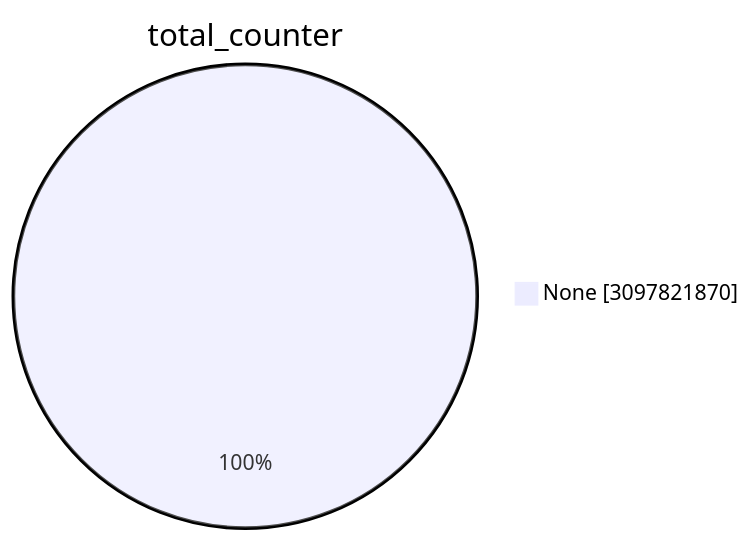
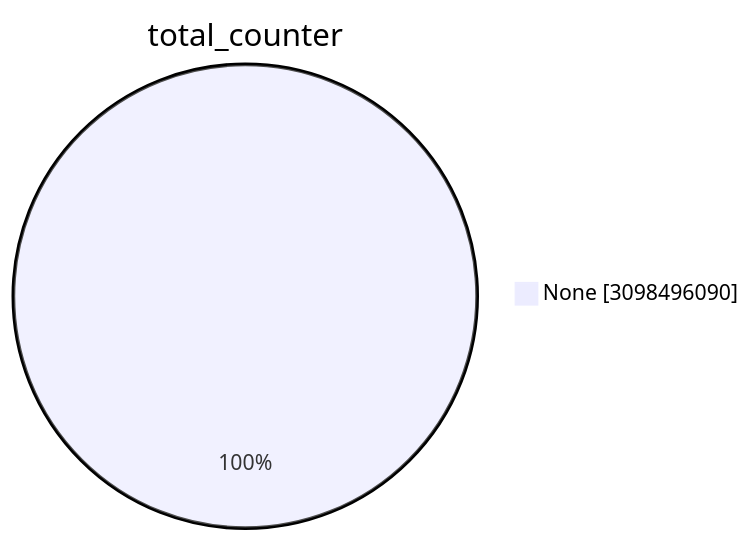
Before and after one commit to christiankrug/ctmonitor_visualization: the first of 15 diagrams in TOTAL/README.md, drawn with Mermaid. The commit also changed other lines of this file, not shown here.

````diff
--- a/TOTAL/README.md
+++ b/TOTAL/README.md
@@ -1,5 +1,5 @@
 ```mermaid
 pie showData
 title total_counter
-"None" :3097821870
+"None" :3098496090
 ```
````
